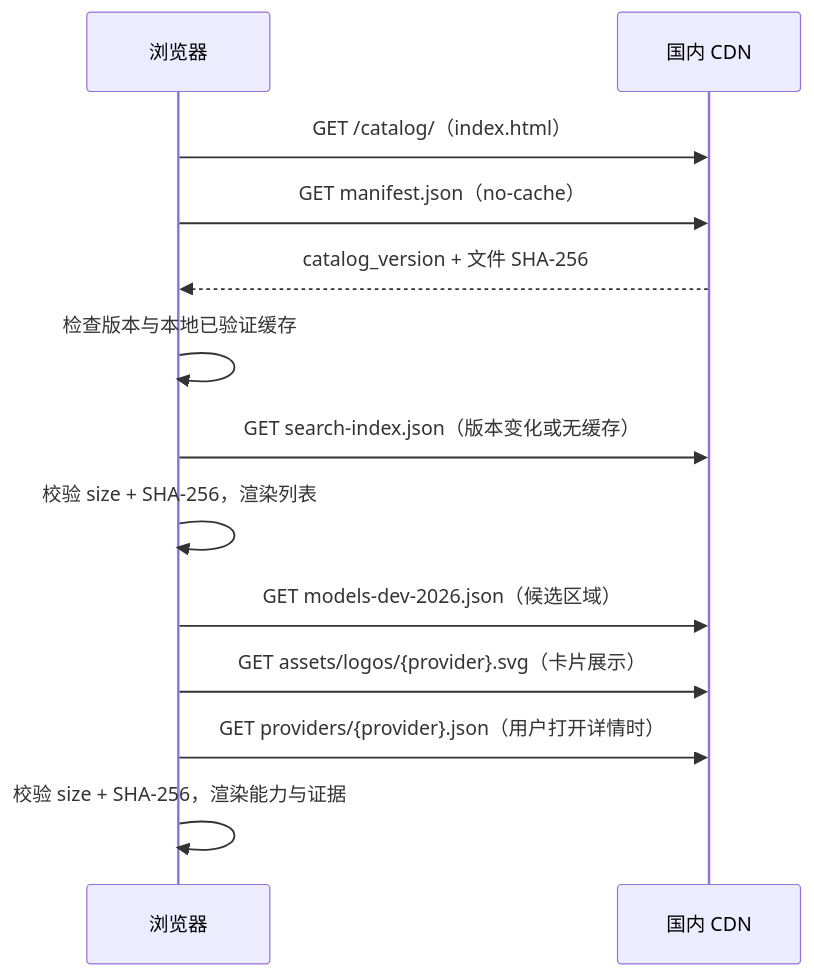
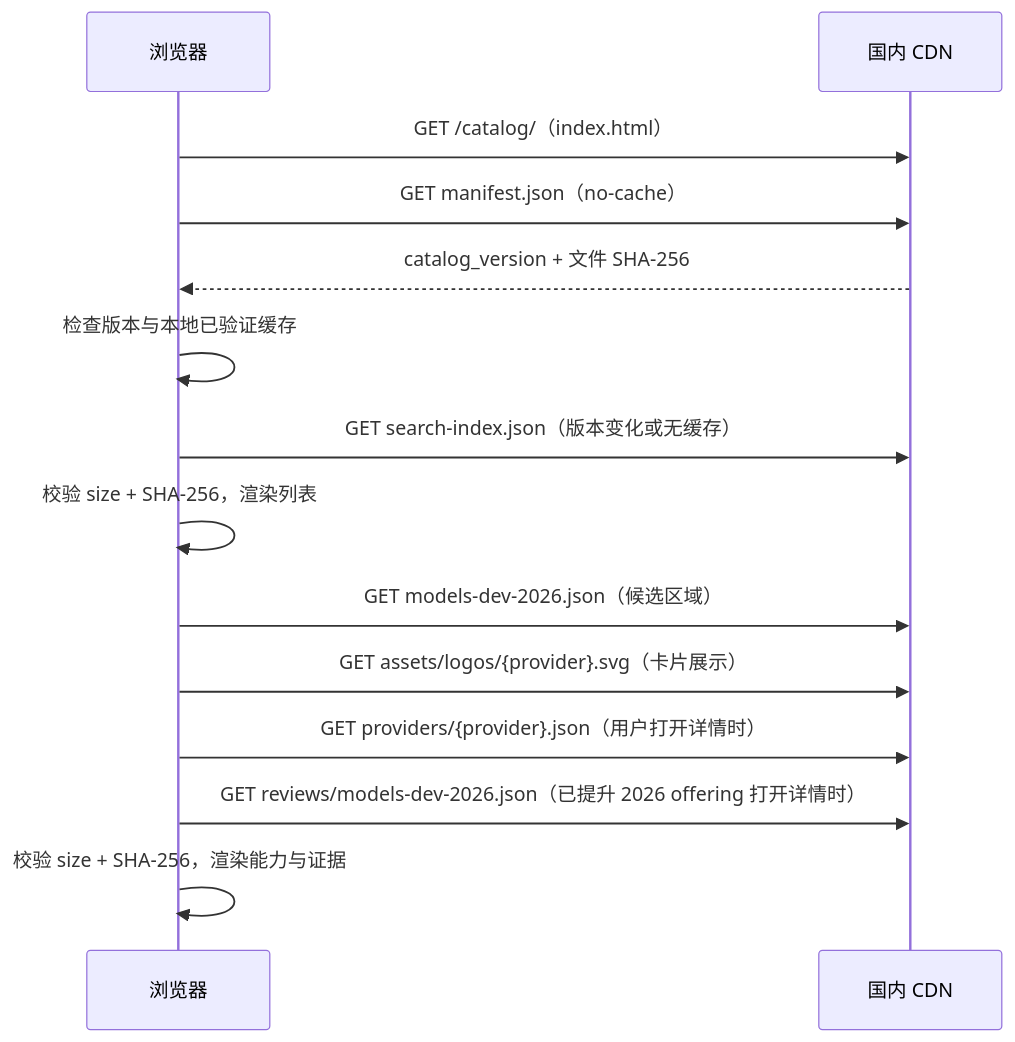
Before and after one commit to byteluck/public-LLM-catalog: the diagram in docs/web-ui.md, drawn with Mermaid. The commit also changed other lines of this file and 507 other files, not shown here.

````diff
--- a/docs/web-ui.md
+++ b/docs/web-ui.md
@@ -9,15 +9,16 @@
 ```mermaid
 sequenceDiagram
   participant U as 浏览器
   participant C as 国内 CDN
   U->>C: GET /catalog/（index.html）
   U->>C: GET manifest.json（no-cache）
   C-->>U: catalog_version + 文件 SHA-256
   U->>U: 检查版本与本地已验证缓存
   U->>C: GET search-index.json（版本变化或无缓存）
   U->>U: 校验 size + SHA-256，渲染列表
   U->>C: GET models-dev-2026.json（候选区域）
   U->>C: GET assets/logos/{provider}.svg（卡片展示）
   U->>C: GET providers/{provider}.json（用户打开详情时）
+  U->>C: GET reviews/models-dev-2026.json（已提升 2026 offering 打开详情时）
   U->>U: 校验 size + SHA-256，渲染能力与证据
 ```
````
